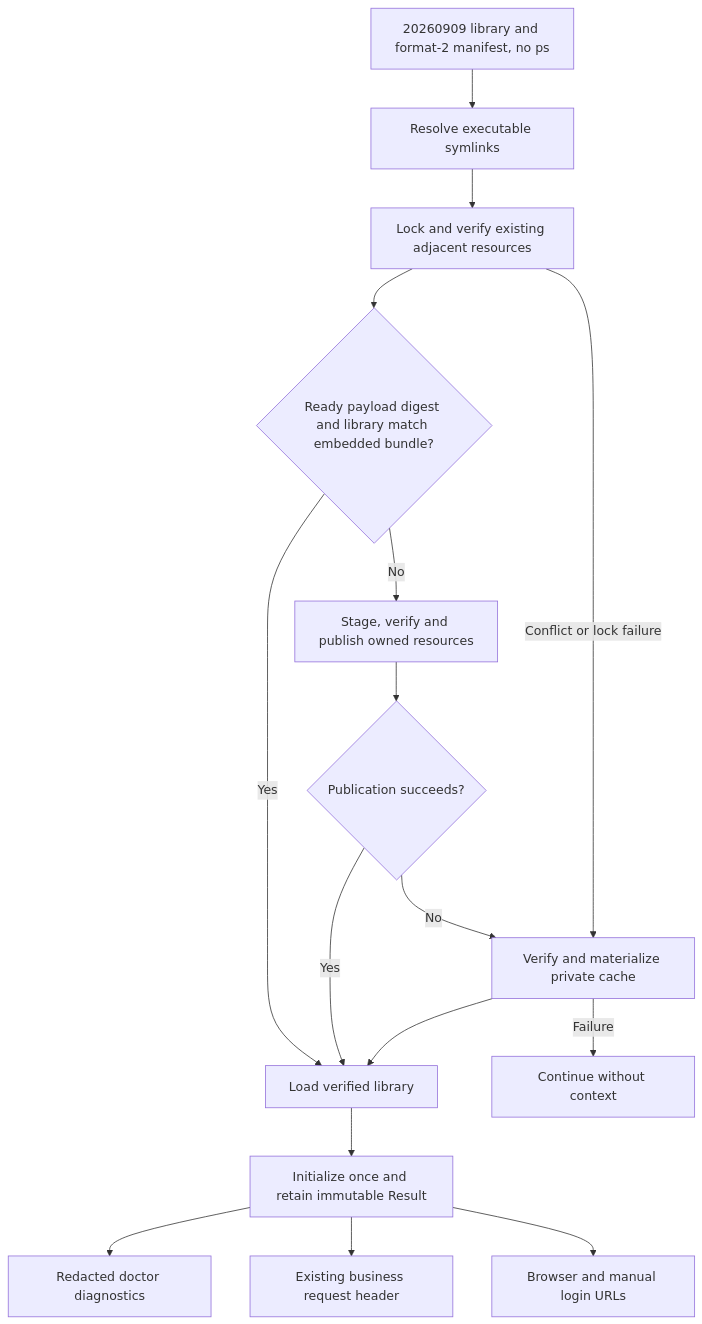
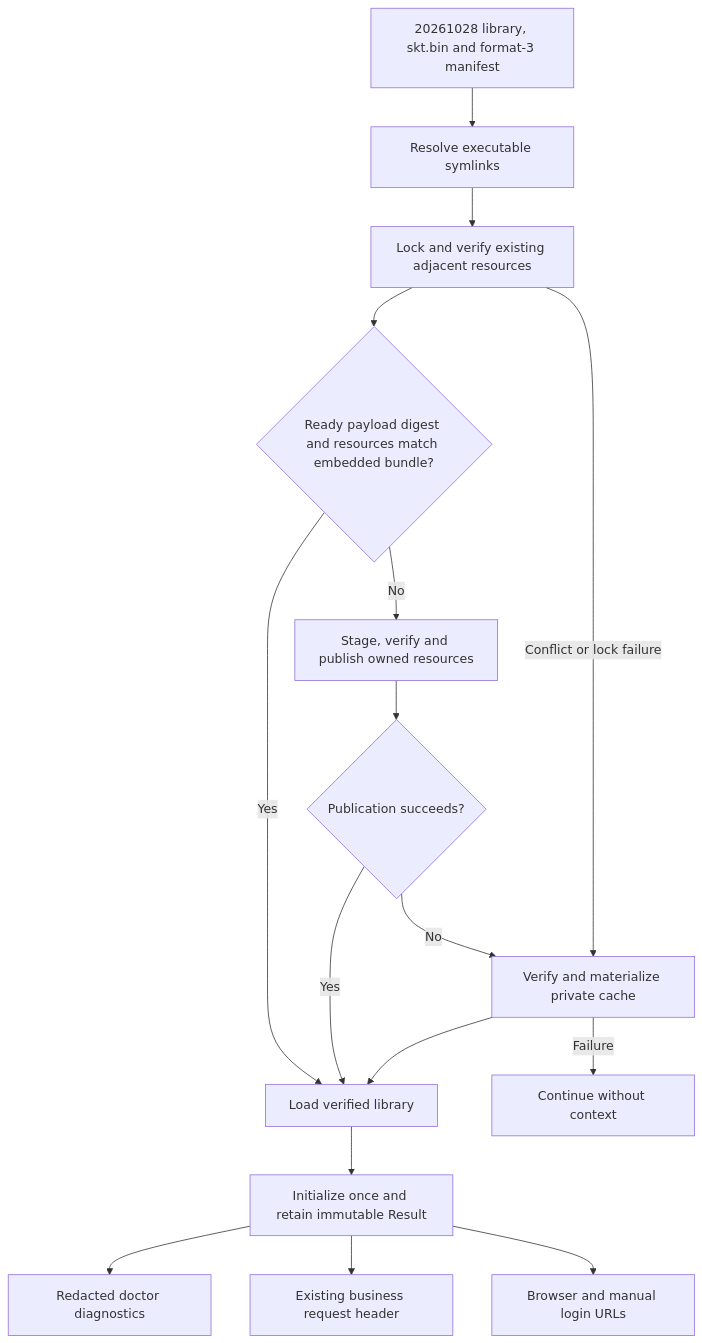
Before and after one commit to DingTalk-Real-AI/dingtalk-workspace-cli: the diagram in docs/runtime-context.md, drawn with Mermaid. The commit also changed other lines of this file and 59 other files, not shown here.

````diff
--- a/docs/runtime-context.md
+++ b/docs/runtime-context.md
@@ -61,18 +65,18 @@
 ```mermaid
 flowchart TD
-    A[20260909 library and format-2 manifest, no ps] --> B[Resolve executable symlinks]
+    A[20261028 library, skt.bin and format-3 manifest] --> B[Resolve executable symlinks]
     B --> C[Lock and verify existing adjacent resources]
-    C --> L{Ready payload digest and library match embedded bundle?}
+    C --> L{Ready payload digest and resources match embedded bundle?}
     L -- Yes --> F[Load verified library]
     L -- No --> M[Stage, verify and publish owned resources]
     M --> D{Publication succeeds?}
     C -- Conflict or lock failure --> E[Verify and materialize private cache]
     D -- Yes --> F
     D -- No --> E[Verify and materialize private cache]
     E --> F
     E -- Failure --> G[Continue without context]
     F --> H[Initialize once and retain immutable Result]
     H --> I[Redacted doctor diagnostics]
     H --> J[Existing business request header]
     H --> K[Browser and manual login URLs]
 ```
````
